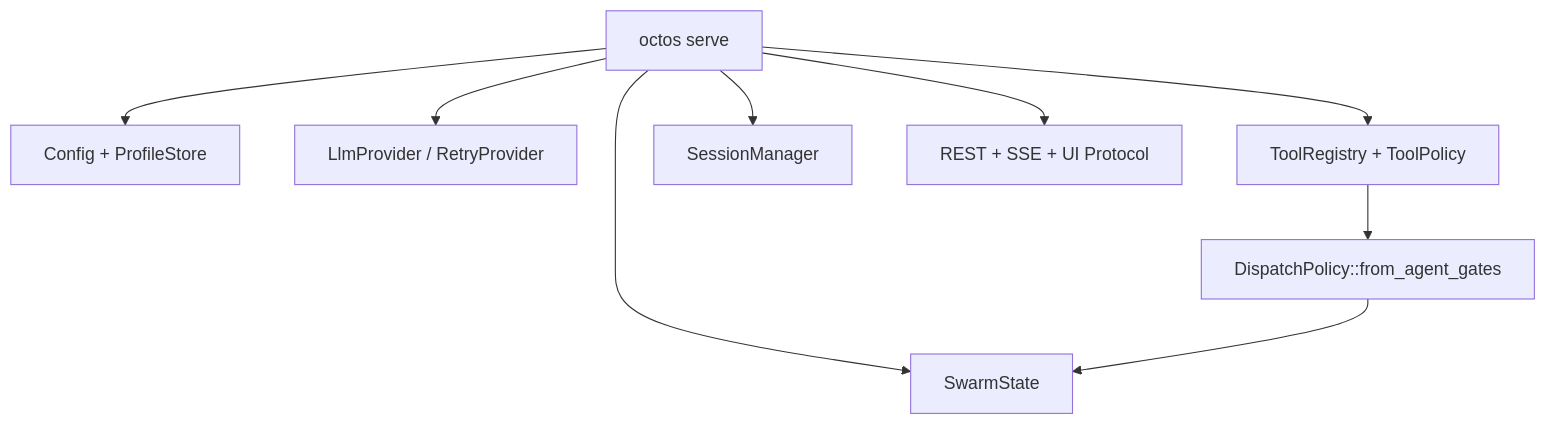
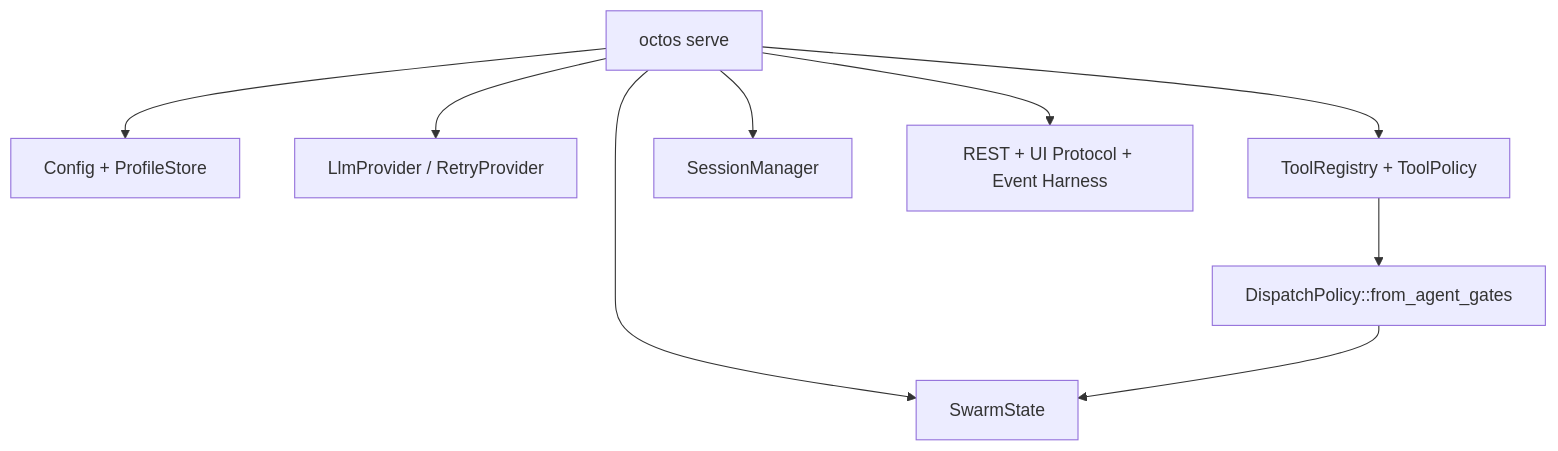
The first of 3 diagrams in book/src/part3/ch13.md (ZhangHanDong/octos-book), drawn with Mermaid before and after one commit. The commit also changed other lines of this file and 9 other files, not shown here.

````diff
--- a/book/src/part3/ch13.md
+++ b/book/src/part3/ch13.md
@@ -47,11 +47,11 @@
 ```mermaid
 flowchart TD
     Serve[octos serve] --> Config[Config + ProfileStore]
     Serve --> Provider[LlmProvider / RetryProvider]
     Serve --> Tools[ToolRegistry + ToolPolicy]
     Serve --> Sessions[SessionManager]
-    Serve --> UI[REST + SSE + UI Protocol]
+    Serve --> UI[REST + UI Protocol + Event Harness]
     Serve --> Swarm[SwarmState]
     Tools --> Policy[DispatchPolicy::from_agent_gates]
     Policy --> Swarm
 ```
````
